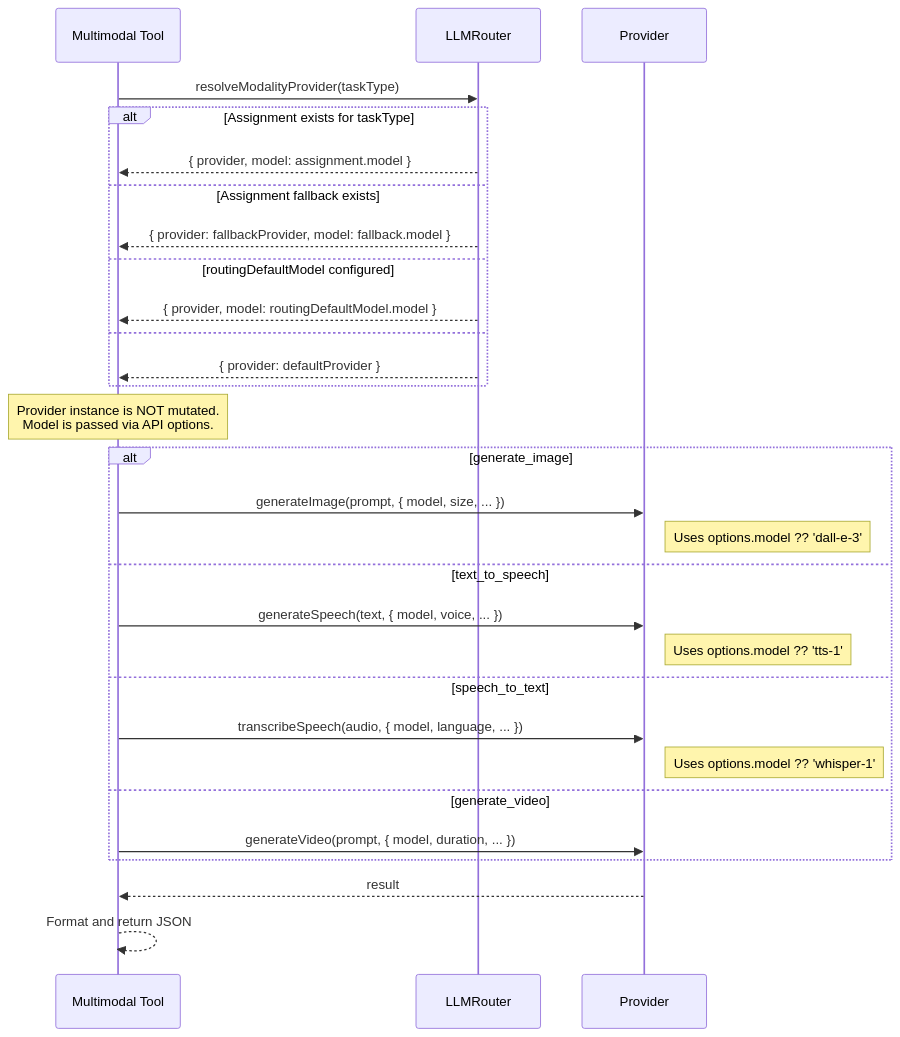
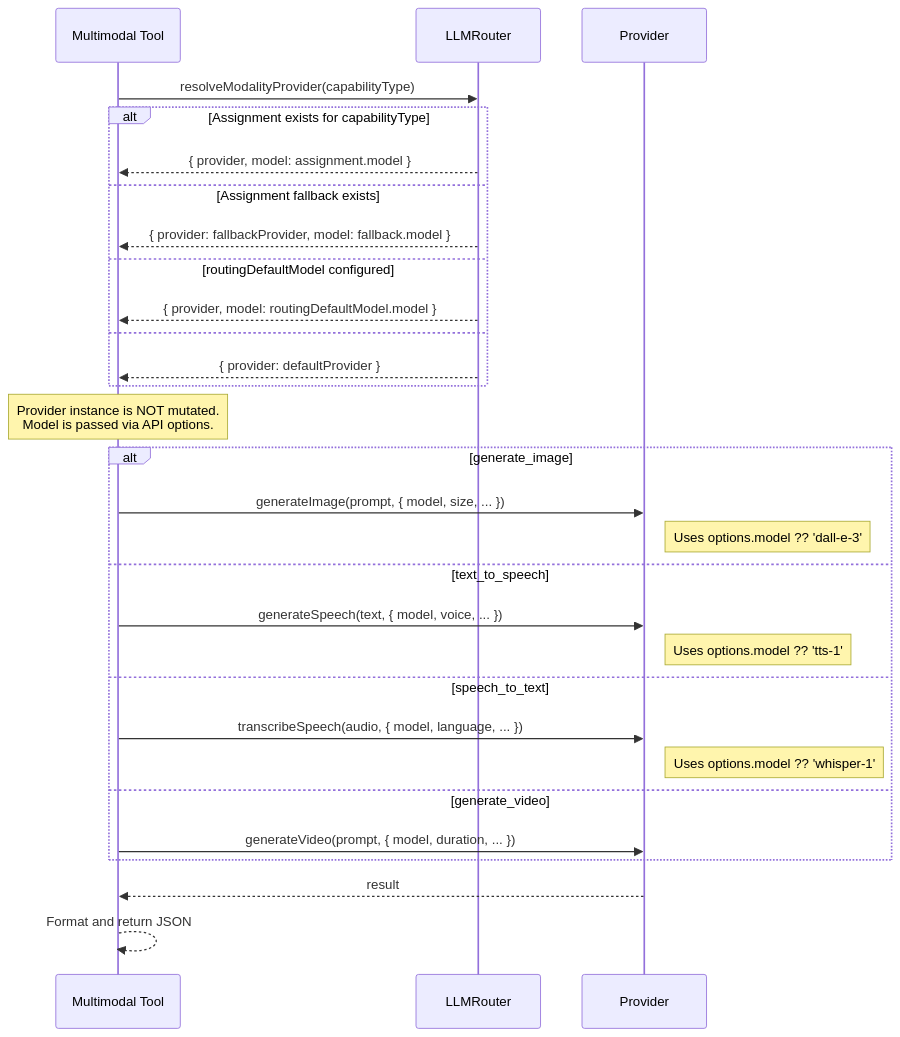
Before and after one commit to markus-global/markus: the second of 3 diagrams in docs/model-routing-architecture.md, drawn with Mermaid. The commit also changed other lines of this file and 41 other files, not shown here.

First line of the commit message:
feat: dynamic provider schemas, task→capability rename, and chat UI fixes

````diff
--- a/docs/model-routing-architecture.md
+++ b/docs/model-routing-architecture.md
@@ -135,36 +135,36 @@
 ```mermaid
 sequenceDiagram
     participant Tool as Multimodal Tool
     participant Router as LLMRouter
     participant Provider
 
-    Tool->>Router: resolveModalityProvider(taskType)
+    Tool->>Router: resolveModalityProvider(capabilityType)
 
-    alt Assignment exists for taskType
+    alt Assignment exists for capabilityType
         Router-->>Tool: { provider, model: assignment.model }
     else Assignment fallback exists
         Router-->>Tool: { provider: fallbackProvider, model: fallback.model }
     else routingDefaultModel configured
         Router-->>Tool: { provider, model: routingDefaultModel.model }
     else
         Router-->>Tool: { provider: defaultProvider }
     end
 
     Note over Tool: Provider instance is NOT mutated.<br/>Model is passed via API options.
 
     alt generate_image
         Tool->>Provider: generateImage(prompt, { model, size, ... })
         Note right of Provider: Uses options.model ?? 'dall-e-3'
     else text_to_speech
         Tool->>Provider: generateSpeech(text, { model, voice, ... })
         Note right of Provider: Uses options.model ?? 'tts-1'
     else speech_to_text
         Tool->>Provider: transcribeSpeech(audio, { model, language, ... })
         Note right of Provider: Uses options.model ?? 'whisper-1'
     else generate_video
         Tool->>Provider: generateVideo(prompt, { model, duration, ... })
     end
 
     Provider-->>Tool: result
     Tool-->>Tool: Format and return JSON
 ```
````
